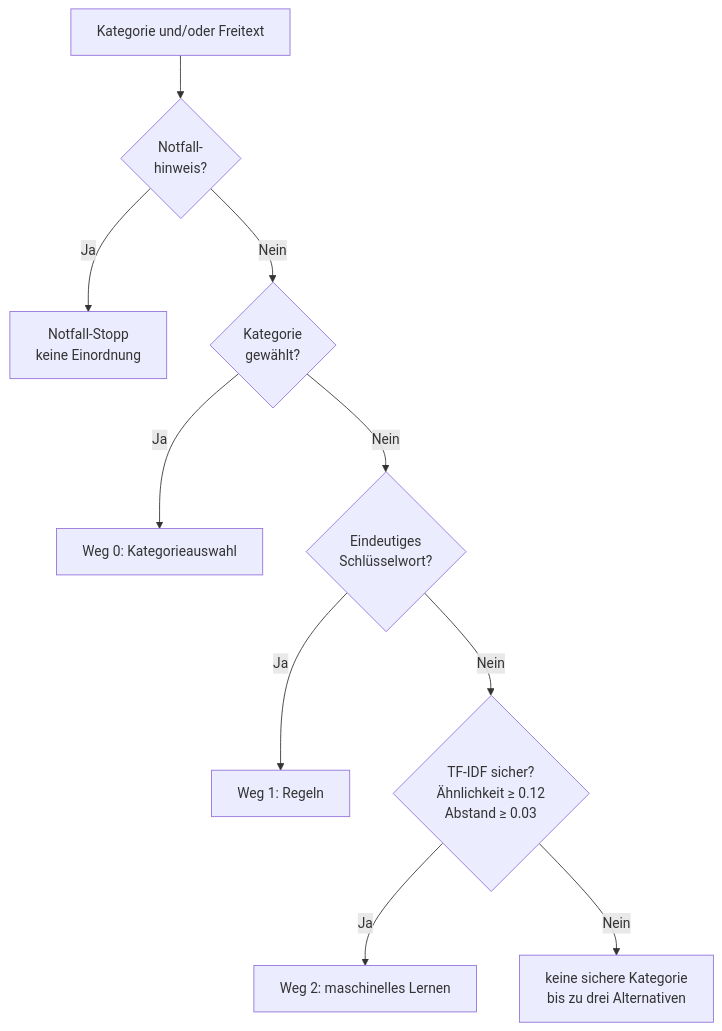
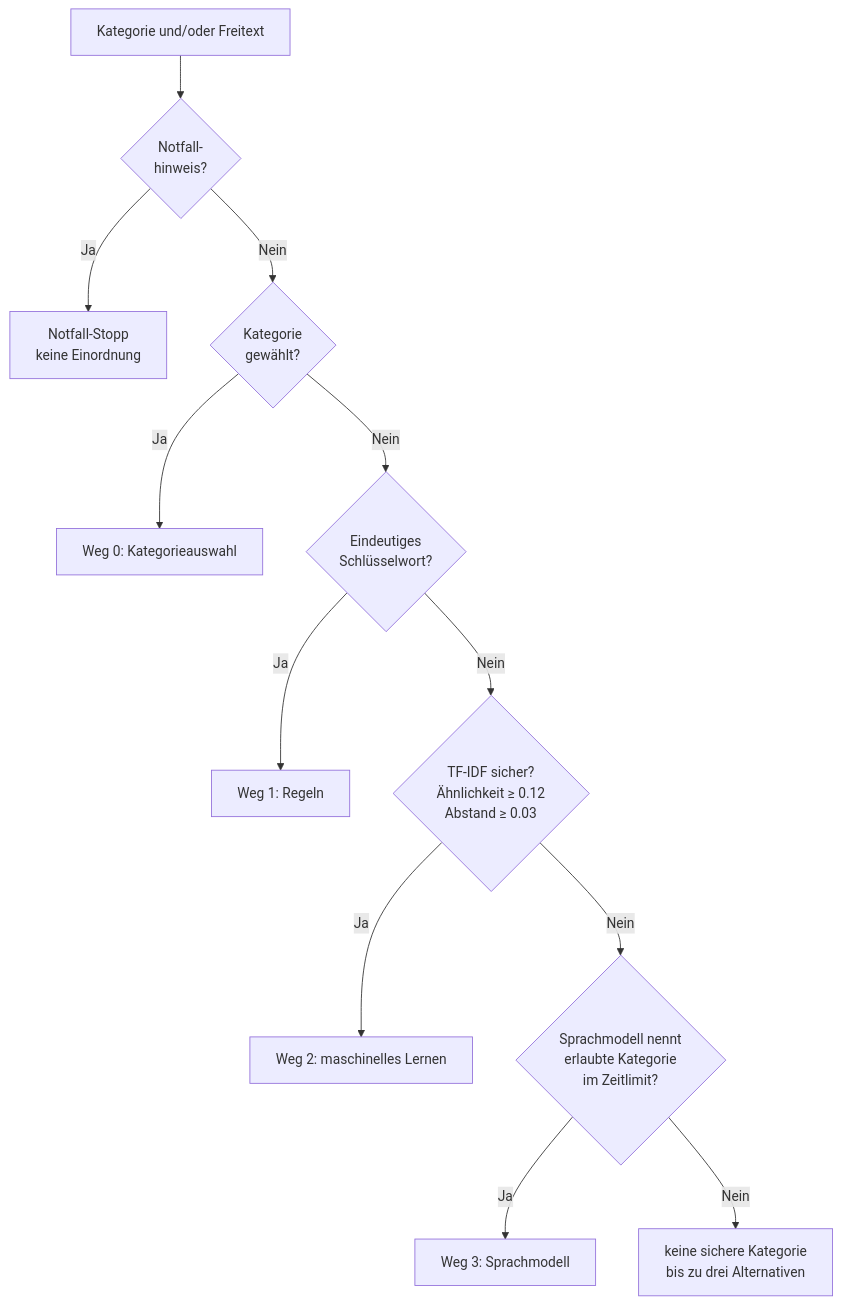
One commit to maliswiss/soforthilfe-bern-mittelland changed the diagram in docs/verstaendniskette.md. Above: the diagram before and after it, drawn with Mermaid. The commit also changed other lines of this file and 9 other files, not shown here.

````diff
--- a/docs/verstaendniskette.md
+++ b/docs/verstaendniskette.md
@@ -7,12 +7,14 @@
 ```mermaid
 flowchart TD
     E["Kategorie und/oder Freitext"] --> N{"Notfall-<br/>hinweis?"}
     N -->|"Ja"| S["Notfall-Stopp<br/>keine Einordnung"]
     N -->|"Nein"| K{"Kategorie<br/>gewählt?"}
     K -->|"Ja"| W0["Weg 0: Kategorieauswahl"]
     K -->|"Nein"| R{"Eindeutiges<br/>Schlüsselwort?"}
     R -->|"Ja"| W1["Weg 1: Regeln"]
     R -->|"Nein"| M{"TF-IDF sicher?<br/>Ähnlichkeit ≥ 0.12<br/>Abstand ≥ 0.03"}
     M -->|"Ja"| W2["Weg 2: maschinelles Lernen"]
-    M -->|"Nein"| O["keine sichere Kategorie<br/>bis zu drei Alternativen"]
+    M -->|"Nein"| L{"Sprachmodell nennt<br/>erlaubte Kategorie<br/>im Zeitlimit?"}
+    L -->|"Ja"| W3["Weg 3: Sprachmodell"]
+    L -->|"Nein"| O["keine sichere Kategorie<br/>bis zu drei Alternativen"]
 ```
````
